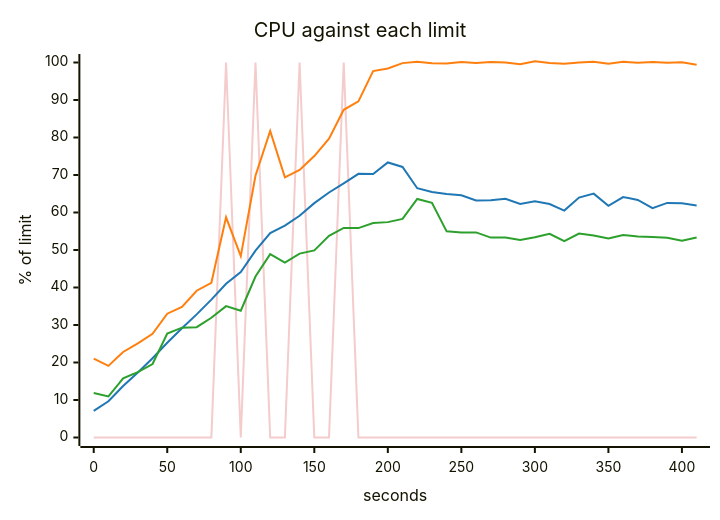
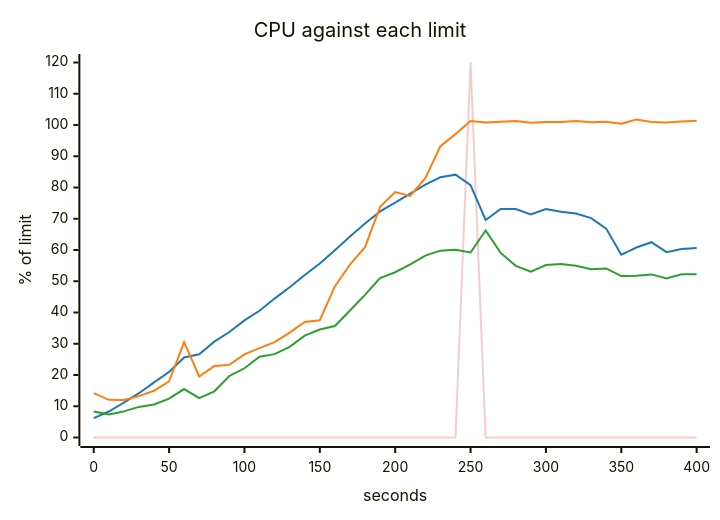
One commit to akinfemi/load-lore changed the fifth of 5 diagrams in scenarios/single-postgres-breaking-point/solutions/one-query-per-page/report.md. Above: the diagram before and after it, drawn with Mermaid. The commit also changed other lines of this file and 20 other files, not shown here.

````diff
--- a/scenarios/single-postgres-breaking-point/solutions/one-query-per-page/report.md
+++ b/scenarios/single-postgres-breaking-point/solutions/one-query-per-page/report.md
@@ -97,17 +94,17 @@
 ```mermaid
 ---
 config:
   themeVariables:
     xyChart:
       backgroundColor: "transparent"
       plotColorPalette: "#f4cccc, #1f77b4, #ff7f0e, #2ca02c"
 ---
 xychart-beta
     title "CPU against each limit"
-    x-axis "seconds" 0 --> 410
-    y-axis "% of limit" 0 --> 100
-    line [0, 0, 0, 0, 0, 0, 0, 0, 0, 100, 0, 100, 0, 0, 100, 0, 0, 100, 0, 0, 0, 0, 0, 0, 0, 0, 0, 0, 0, 0, 0, 0, 0, 0, 0, 0, 0, 0, 0, 0, 0, 0]
-    line [7.109, 9.675, 13.749, 17.347, 21.118, 25.277, 29.114, 32.825, 36.778, 40.978, 44.141, 49.846, 54.513, 56.48, 59.126, 62.493, 65.331, 67.763, 70.303, 70.285, 73.348, 72.153, 66.479, 65.493, 64.919, 64.597, 63.23, 63.266, 63.67, 62.278, 63.028, 62.257, 60.504, 63.989, 65.034, 61.769, 64.124, 63.36, 61.135, 62.555, 62.463, 61.893]
-    line [21.05, 19.103, 22.8, 25.104, 27.659, 33.01, 34.828, 39.137, 41.25, 58.715, 48.375, 69.806, 81.751, 69.391, 71.332, 75.057, 79.704, 87.394, 89.638, 97.706, 98.42, 99.836, 100.178, 99.816, 99.744, 100.114, 99.88, 100.13, 100.017, 99.565, 100.331, 99.877, 99.647, 99.983, 100.183, 99.669, 100.194, 99.926, 100.113, 99.959, 100.036, 99.415]
-    line [11.889, 10.945, 15.763, 17.455, 19.589, 27.703, 29.299, 29.425, 31.922, 35.029, 33.814, 42.933, 48.898, 46.655, 49.046, 49.906, 53.789, 55.875, 55.835, 57.197, 57.433, 58.295, 63.621, 62.566, 54.969, 54.694, 54.697, 53.301, 53.321, 52.655, 53.41, 54.332, 52.341, 54.387, 53.845, 53.059, 54.004, 53.617, 53.453, 53.25, 52.451, 53.349]
+    x-axis "seconds" 0 --> 400
+    y-axis "% of limit" 0 --> 120
+    line [0, 0, 0, 0, 0, 0, 0, 0, 0, 0, 0, 0, 0, 0, 0, 0, 0, 0, 0, 0, 0, 0, 0, 0, 0, 120, 0, 0, 0, 0, 0, 0, 0, 0, 0, 0, 0, 0, 0, 0, 0]
+    line [6.201, 8.316, 11.156, 14.176, 17.653, 20.978, 25.607, 26.646, 30.663, 33.749, 37.469, 40.548, 44.451, 48.078, 52.025, 55.687, 59.912, 64.32, 68.453, 72.366, 75.174, 78.064, 80.95, 83.272, 84.103, 80.728, 69.596, 73.132, 73.14, 71.394, 73.1, 72.267, 71.651, 70.207, 66.858, 58.48, 60.785, 62.487, 59.294, 60.285, 60.649]
+    line [14.181, 12.067, 11.993, 13.239, 14.962, 17.978, 30.514, 19.518, 22.862, 23.287, 26.582, 28.605, 30.527, 33.555, 36.994, 37.532, 48.354, 55.351, 60.894, 73.819, 78.535, 77.282, 82.983, 93.213, 97.08, 101.251, 100.839, 101.002, 101.265, 100.758, 100.972, 100.983, 101.277, 100.872, 101.027, 100.402, 101.724, 100.935, 100.772, 101.121, 101.348]
+    line [8.306, 7.354, 8.355, 9.787, 10.544, 12.419, 15.504, 12.608, 14.779, 19.692, 22.152, 25.831, 26.673, 29.014, 32.612, 34.56, 35.682, 40.661, 45.646, 51.024, 52.89, 55.433, 58.221, 59.787, 60.076, 59.217, 66.248, 59.065, 54.938, 53.098, 55.208, 55.552, 54.952, 53.874, 54.094, 51.665, 51.726, 52.192, 50.878, 52.266, 52.216]
 ```
````
